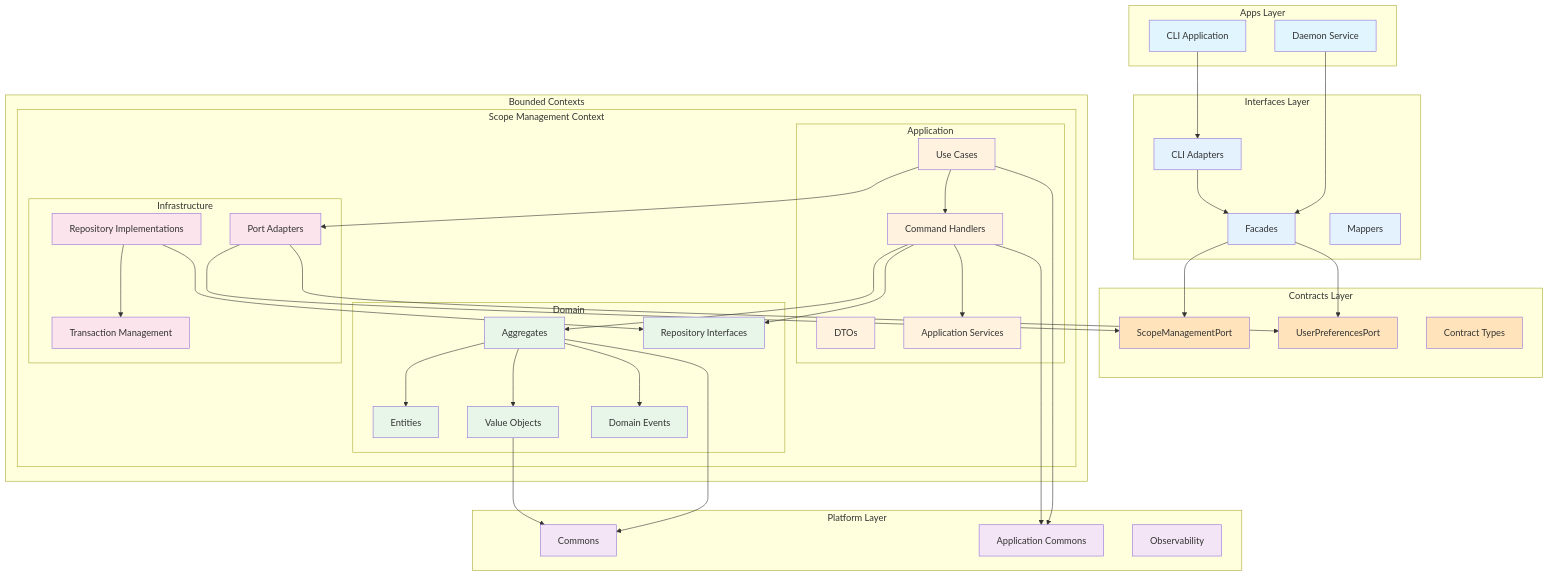
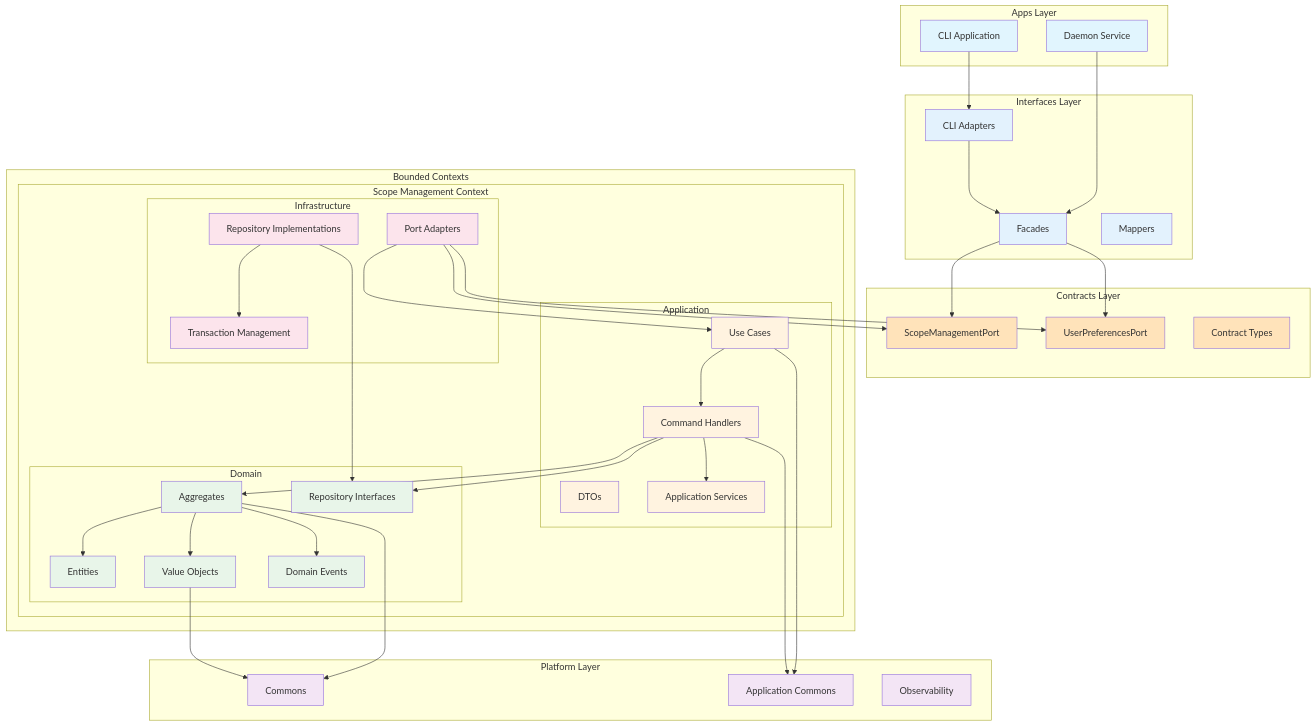
One commit to kamiazya/scopes changed the diagram in docs/explanation/clean-architecture.md. Above: the diagram before and after it, drawn with Mermaid. The commit also changed 2 other files, not shown here.

Commit message:
fix: address AI feedback on security and architecture
1. Remove sensitive information from error messages
   - UserPreferencesContractError no longer exposes configPath or details in messages
   - Fields retained for internal logging/telemetry only
   - Generic messages like "see logs for details" used for security

2. Fix error handling example in contracts.md
   - Now properly propagates domain/input errors as Left
   - Only returns defaults for system-level failures (IO, timeout, DB)
   - Added proper error type discrimination with when clause

3. Fix Clean Architecture diagram arrow direction
   - Changed UC --> ADAPTERS to ADAPTERS --> UC
   - Maintains dependency rule: adapters depend on use cases, not vice versa

4. Platform modules already included in settings.gradle.kts (no changes needed)

🤖 Generated with [Claude Code](https://claude.ai/code)

```diff
--- a/docs/explanation/clean-architecture.md
+++ b/docs/explanation/clean-architecture.md
@@ -65,7 +65,7 @@
     
     ADAPTERS --> SMP
     ADAPTERS --> UPP
-    UC --> ADAPTERS
+    ADAPTERS --> UC
     
     UC --> CMD
     CMD --> AGG
```
